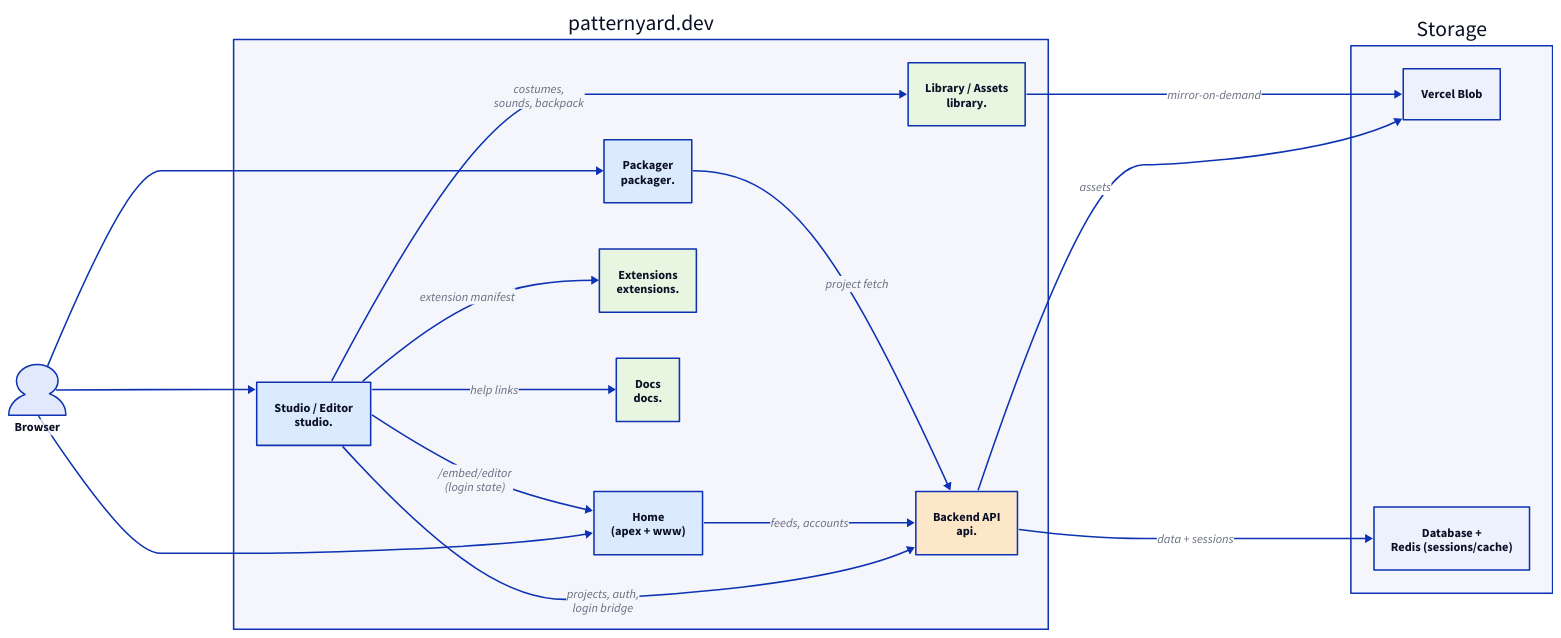
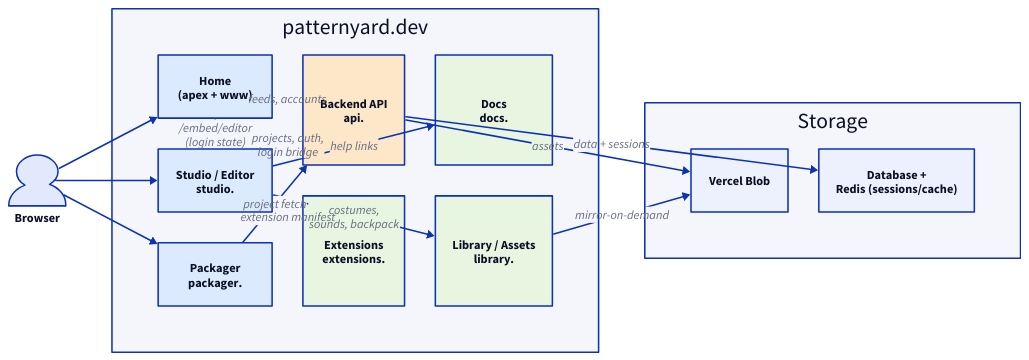
One commit to patternyard/PatternYard-Architecture changed the diagram in src/content/docs/index.mdx. Above: the diagram before and after it, drawn with D2. The commit also changed 3 other files, not shown here.

First line of the commit message:
Improve diagram readability (#1)

````diff
--- a/src/content/docs/index.mdx
+++ b/src/content/docs/index.mdx
@@ -21,42 +21,44 @@
 ```d2
-direction: right
+direction: down
 
 user: Browser {shape: person}
 
 cloud: patternyard.dev {
   style.fill: "#f4f6fb"
+  grid-columns: 3
 
   home: Home\n(apex + www) {style.fill: "#dbeafe"}
   editor: Studio / Editor\nstudio. {style.fill: "#dbeafe"}
   packager: Packager\npackager. {style.fill: "#dbeafe"}
 
   api: Backend API\napi. {style.fill: "#fde7c9"}
 
   ext: Extensions\nextensions. {style.fill: "#e7f5e1"}
   docs: Docs\ndocs. {style.fill: "#e7f5e1"}
   library: Library / Assets\nlibrary. {style.fill: "#e7f5e1"}
 }
 
 store: Storage {
   style.fill: "#f4f6fb"
+  grid-columns: 2
   blob: Vercel Blob
   db: Database +\nRedis (sessions/cache)
 }
 
 user -> cloud.home
 user -> cloud.editor
 user -> cloud.packager
 
 cloud.editor -> cloud.api: projects, auth,\nlogin bridge
 cloud.editor -> cloud.ext: extension manifest
 cloud.editor -> cloud.library: costumes,\nsounds, backpack
 cloud.editor -> cloud.docs: help links
 cloud.editor -> cloud.home: /embed/editor\n(login state)
 
 cloud.home -> cloud.api: feeds, accounts
 cloud.packager -> cloud.api: project fetch
 
 cloud.api -> store.blob: assets
 cloud.api -> store.db: data + sessions
 cloud.library -> store.blob: mirror-on-demand
 ```
````
